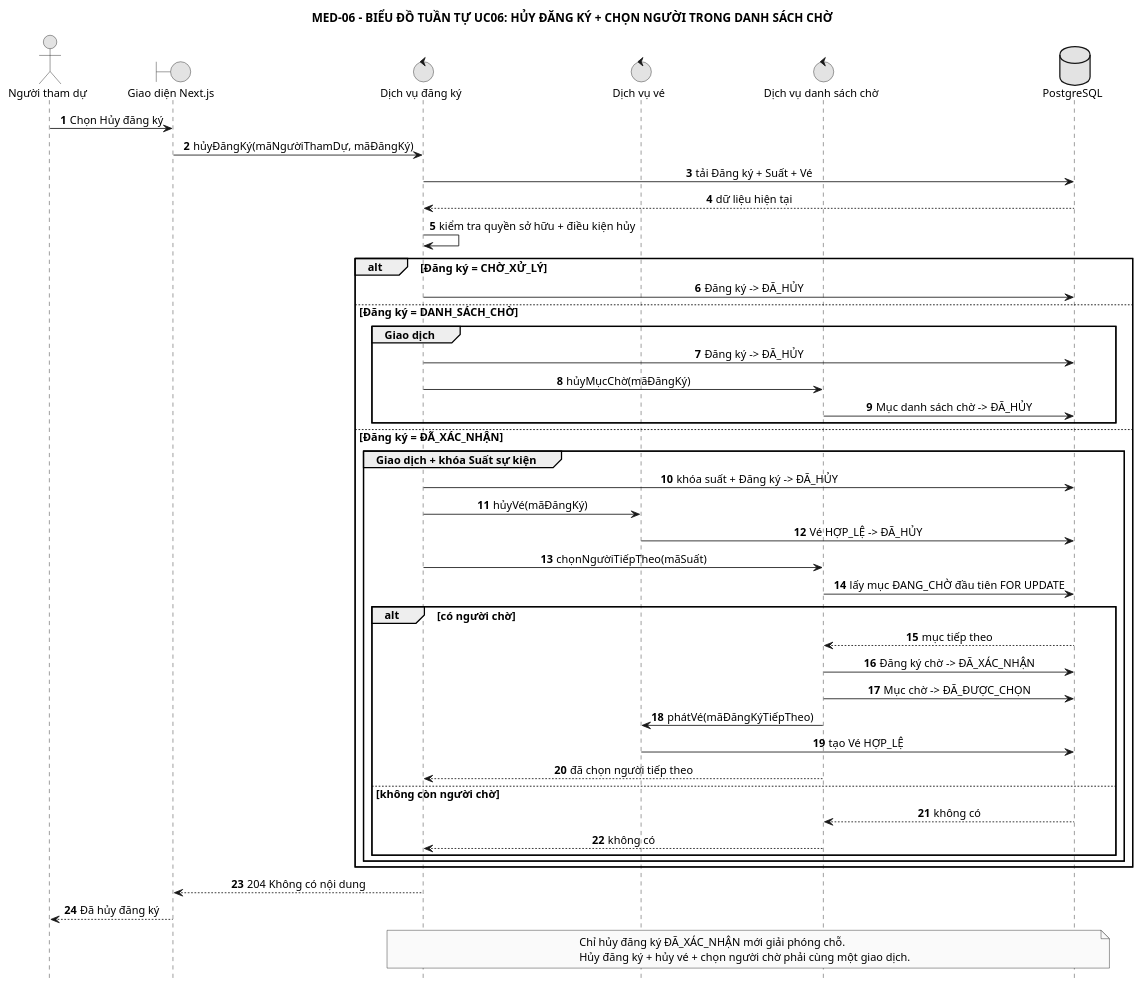
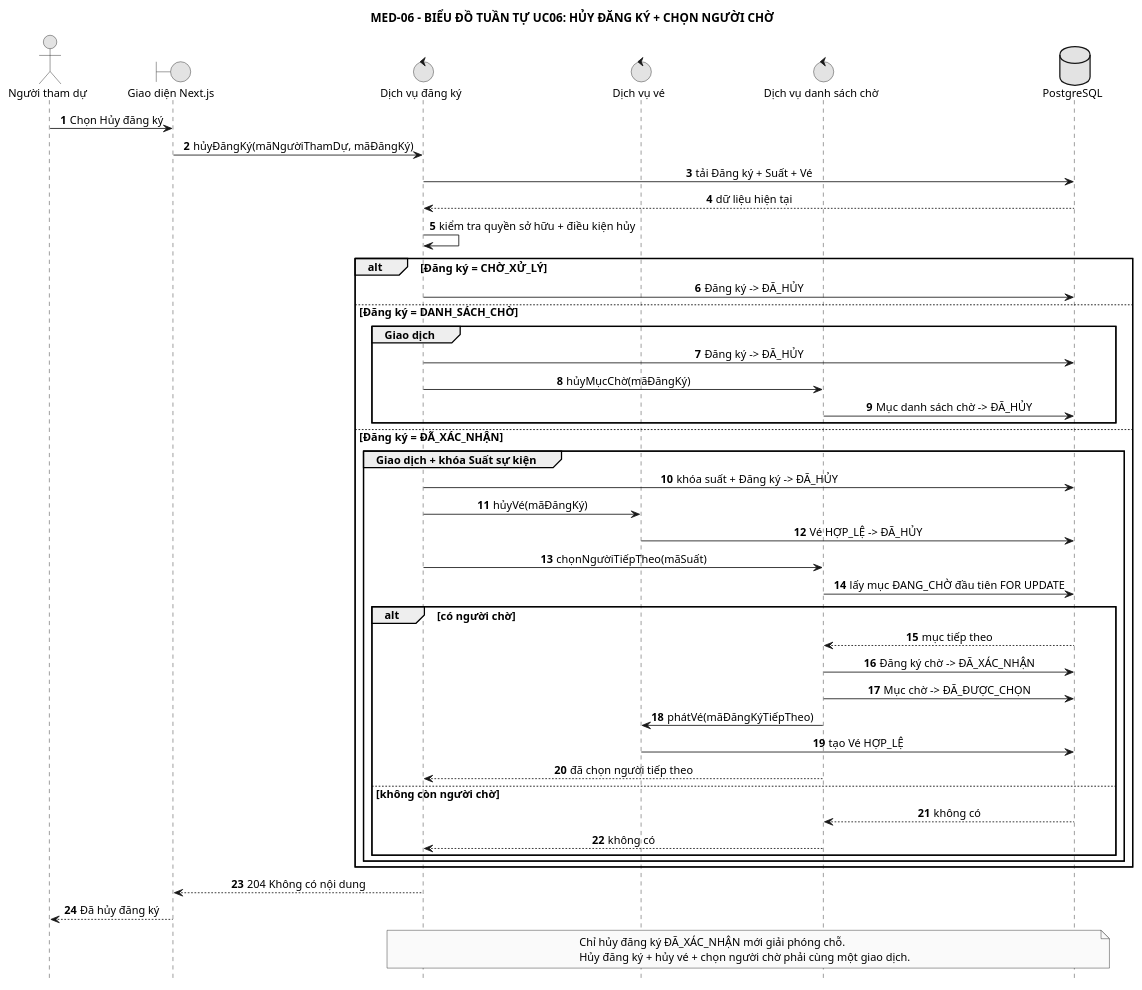
Before and after one commit to anh632k-ui/OOP-DoAn: the diagram in PTTK/05_Sequence/02-uc06-cancel-promote-waitlist.puml, drawn with PlantUML.

Commit message:
docs(tv): Việt hóa sơ đồ tuần tự và hoạt động

```diff
--- a/PTTK/05_Sequence/02-uc06-cancel-promote-waitlist.puml
+++ b/PTTK/05_Sequence/02-uc06-cancel-promote-waitlist.puml
@@ -1,63 +1,55 @@
 @startuml
 skinparam monochrome true
 skinparam shadowing false
 skinparam defaultFontSize 13
 skinparam sequenceMessageAlign center
 skinparam responseMessageBelowArrow true
 hide footbox
-
-title MED-06 - BIỂU ĐỒ TUẦN TỰ UC06: HỦY ĐĂNG KÝ + CHỌN NGƯỜI TRONG DANH SÁCH CHỜ
-
+title MED-06 - BIỂU ĐỒ TUẦN TỰ UC06: HỦY ĐĂNG KÝ + CHỌN NGƯỜI CHỜ
 actor "Người tham dự" as NTD
 boundary "Giao diện Next.js" as UI
 control "Dịch vụ đăng ký" as DK
 control "Dịch vụ vé" as VE
 control "Dịch vụ danh sách chờ" as DSC
 database "PostgreSQL" as CSDL
-
 autonumber
 NTD -> UI : Chọn Hủy đăng ký
 UI -> DK : hủyĐăngKý(mãNgườiThamDự, mãĐăngKý)
 DK -> CSDL : tải Đăng ký + Suất + Vé
 CSDL --> DK : dữ liệu hiện tại
 DK -> DK : kiểm tra quyền sở hữu + điều kiện hủy
-
 alt Đăng ký = CHỜ_XỬ_LÝ
   DK -> CSDL : Đăng ký -> ĐÃ_HỦY
 else Đăng ký = DANH_SÁCH_CHỜ
   group Giao dịch
     DK -> CSDL : Đăng ký -> ĐÃ_HỦY
     DK -> DSC : hủyMụcChờ(mãĐăngKý)
     DSC -> CSDL : Mục danh sách chờ -> ĐÃ_HỦY
   end
 else Đăng ký = ĐÃ_XÁC_NHẬN
   group Giao dịch + khóa Suất sự kiện
     DK -> CSDL : khóa suất + Đăng ký -> ĐÃ_HỦY
     DK -> VE : hủyVé(mãĐăngKý)
     VE -> CSDL : Vé HỢP_LỆ -> ĐÃ_HỦY
-
     DK -> DSC : chọnNgườiTiếpTheo(mãSuất)
     DSC -> CSDL : lấy mục ĐANG_CHỜ đầu tiên FOR UPDATE
-
     alt có người chờ
       CSDL --> DSC : mục tiếp theo
       DSC -> CSDL : Đăng ký chờ -> ĐÃ_XÁC_NHẬN
       DSC -> CSDL : Mục chờ -> ĐÃ_ĐƯỢC_CHỌN
       DSC -> VE : phátVé(mãĐăngKýTiếpTheo)
       VE -> CSDL : tạo Vé HỢP_LỆ
       DSC --> DK : đã chọn người tiếp theo
     else không còn người chờ
       CSDL --> DSC : không có
       DSC --> DK : không có
     end
   end
 end
-
 DK --> UI : 204 Không có nội dung
 UI --> NTD : Đã hủy đăng ký
-
 note over DK,CSDL
 Chỉ hủy đăng ký ĐÃ_XÁC_NHẬN mới giải phóng chỗ.
 Hủy đăng ký + hủy vé + chọn người chờ phải cùng một giao dịch.
 end note
 @enduml
```
